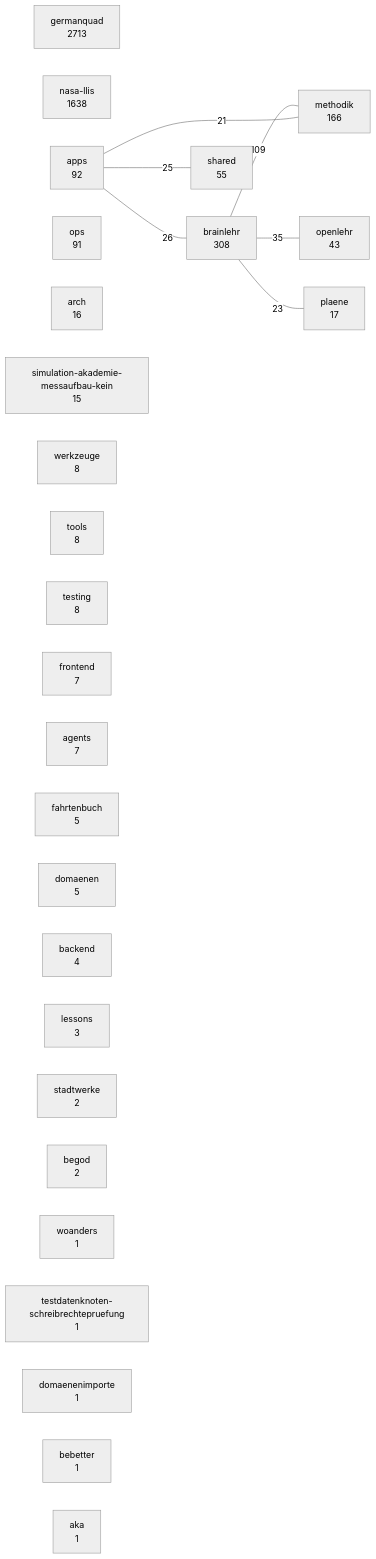
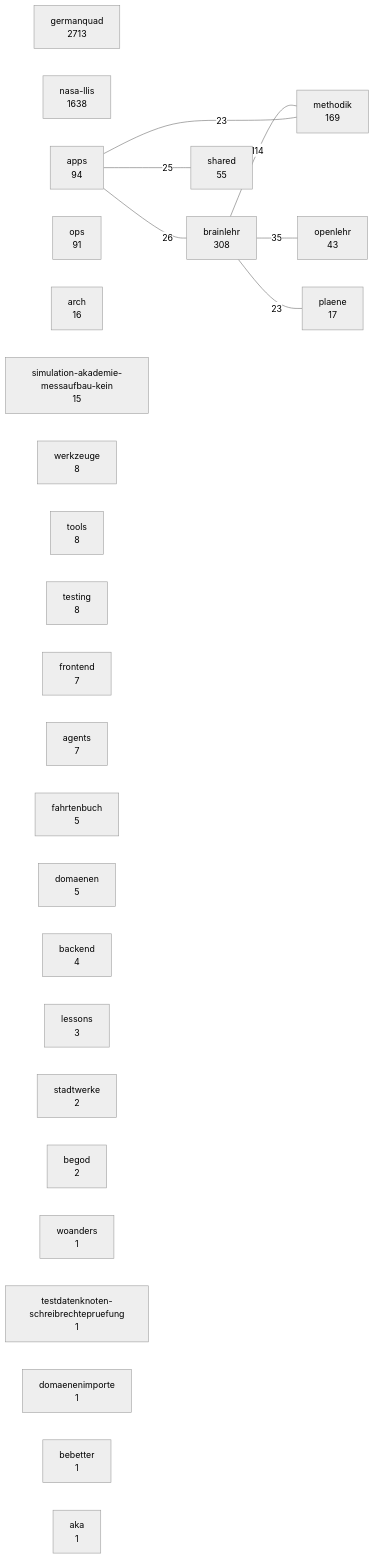
One commit to 3lehr/brainlehr changed the diagram in docs/karten/bestand.md. Above: the diagram before and after it, drawn with Mermaid (neutral theme). The commit also changed 4 other files, not shown here.

````diff
--- a/docs/karten/bestand.md
+++ b/docs/karten/bestand.md
@@ -5,36 +5,36 @@
 ```mermaid
 graph LR
   germanquad["germanquad<br/>2713"]
   nasa_llis["nasa-llis<br/>1638"]
   brainlehr["brainlehr<br/>308"]
-  methodik["methodik<br/>166"]
-  apps["apps<br/>92"]
+  methodik["methodik<br/>169"]
+  apps["apps<br/>94"]
   ops["ops<br/>91"]
   shared["shared<br/>55"]
   openlehr["openlehr<br/>43"]
   plaene["plaene<br/>17"]
   arch["arch<br/>16"]
   simulation_akademie_messaufbau_kein["simulation-akademie-messaufbau-kein<br/>15"]
   werkzeuge["werkzeuge<br/>8"]
   tools["tools<br/>8"]
   testing["testing<br/>8"]
   frontend["frontend<br/>7"]
   agents["agents<br/>7"]
   fahrtenbuch["fahrtenbuch<br/>5"]
   domaenen["domaenen<br/>5"]
   backend["backend<br/>4"]
   lessons["lessons<br/>3"]
   stadtwerke["stadtwerke<br/>2"]
   begod["begod<br/>2"]
   woanders["woanders<br/>1"]
   testdatenknoten_schreibrechtepruefung["testdatenknoten-schreibrechtepruefung<br/>1"]
   domaenenimporte["domaenenimporte<br/>1"]
   bebetter["bebetter<br/>1"]
   aka["aka<br/>1"]
-  brainlehr ---|109| methodik
+  brainlehr ---|114| methodik
   brainlehr ---|35| openlehr
   apps ---|26| brainlehr
   apps ---|25| shared
+  apps ---|23| methodik
   brainlehr ---|23| plaene
-  apps ---|21| methodik
 ```
````
